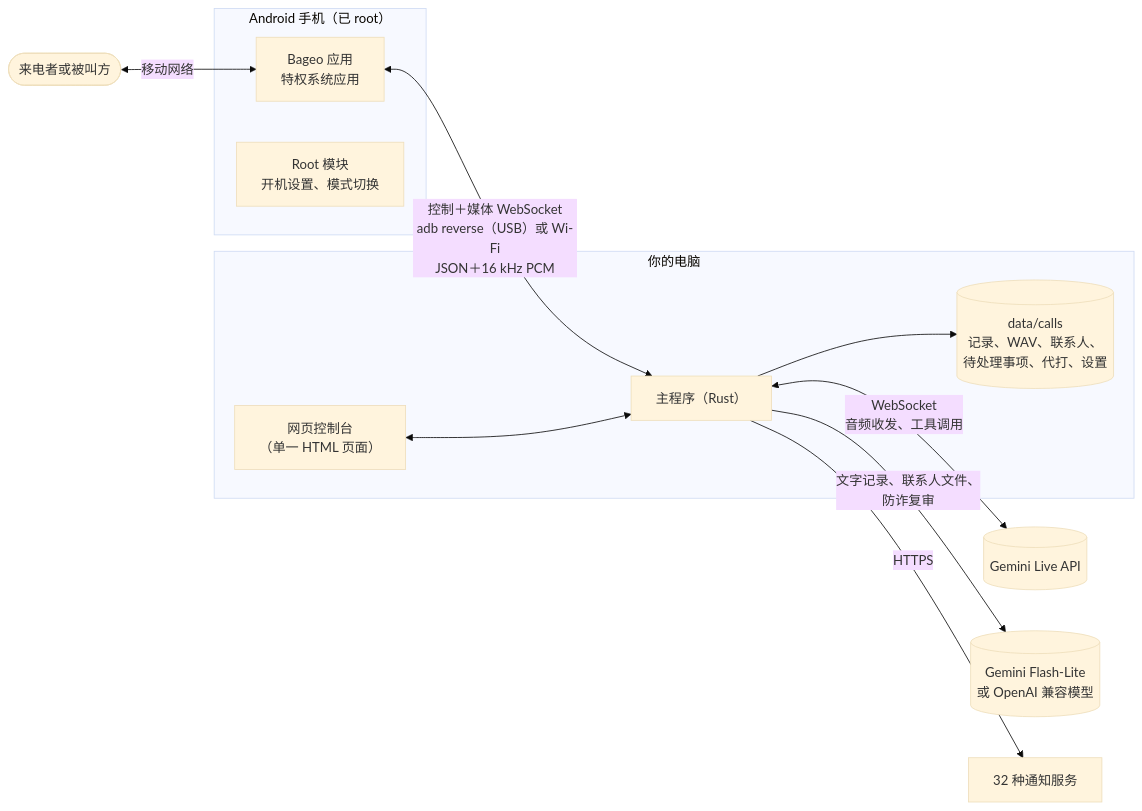
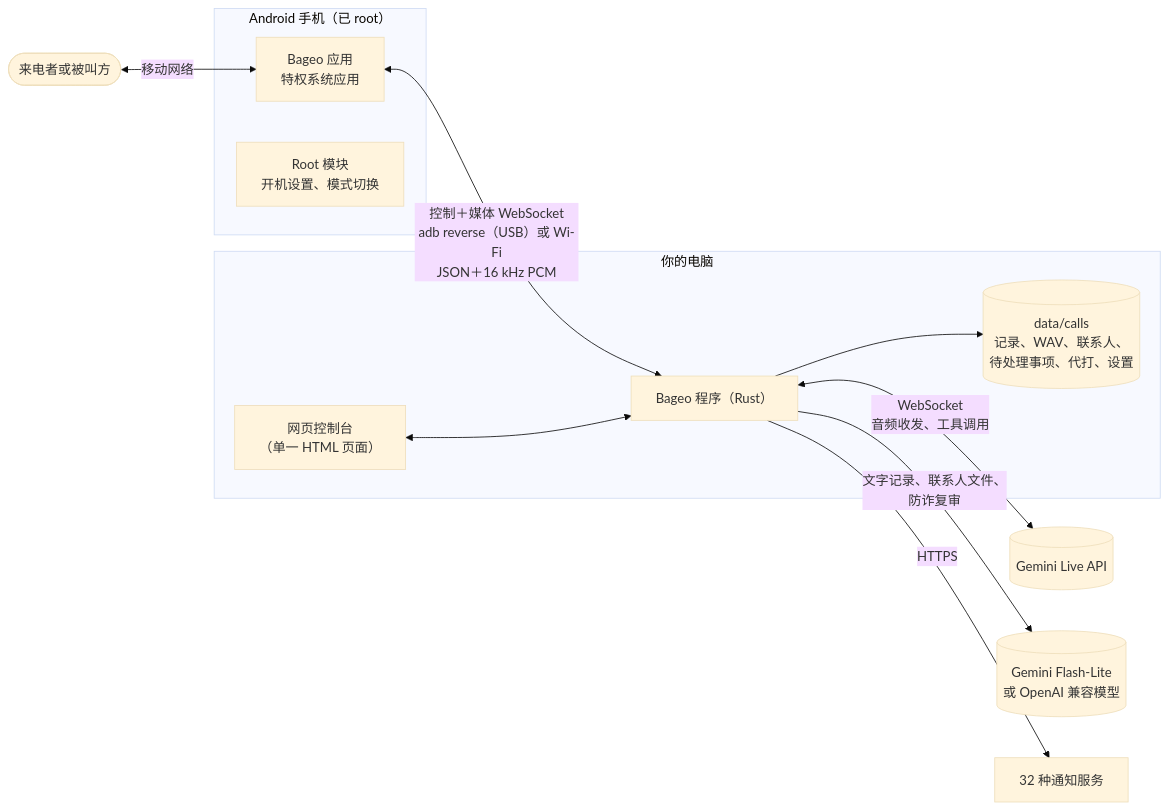
The first of 2 diagrams in docs/zh-CN/ARCHITECTURE.md (h4lo-void/bageo-call), drawn with Mermaid (base theme) before and after one commit. The commit also changed other lines of this file and 35 other files, not shown here.

````diff
--- a/docs/zh-CN/ARCHITECTURE.md
+++ b/docs/zh-CN/ARCHITECTURE.md
@@ -13,19 +13,19 @@
 ```mermaid
 flowchart LR
     subgraph phone["Android 手机（已 root）"]
         app["Bageo 应用<br/>特权系统应用"]
         module["Root 模块<br/>开机设置、模式切换"]
     end
     subgraph pc["你的电脑"]
-        agent["主程序（Rust）"]
+        agent["Bageo 程序（Rust）"]
         data[("data/calls<br/>记录、WAV、联系人、<br/>待处理事项、代打、设置")]
         ui["网页控制台<br/>（单一 HTML 页面）"]
     end
     other(["来电者或被叫方"]) <-- "移动网络" --> app
     app <-- "控制＋媒体 WebSocket<br/>adb reverse（USB）或 Wi-Fi<br/>JSON＋16 kHz PCM" --> agent
     agent <-- "WebSocket<br/>音频收发、工具调用" --> gemini[("Gemini Live API")]
     agent -- "文字记录、联系人文件、<br/>防诈复审" --> llm[("Gemini Flash-Lite<br/>或 OpenAI 兼容模型")]
     agent --> data
     ui <--> agent
     agent -- "HTTPS" --> notify["32 种通知服务"]
 ```
````
